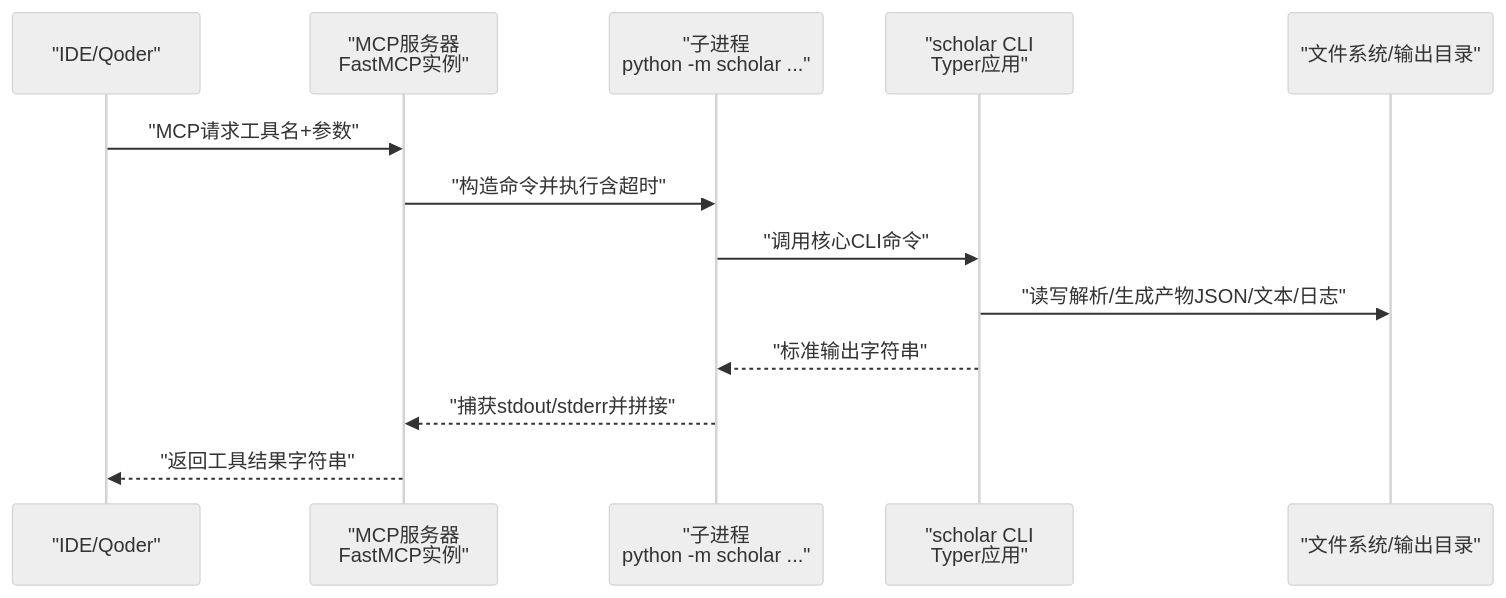
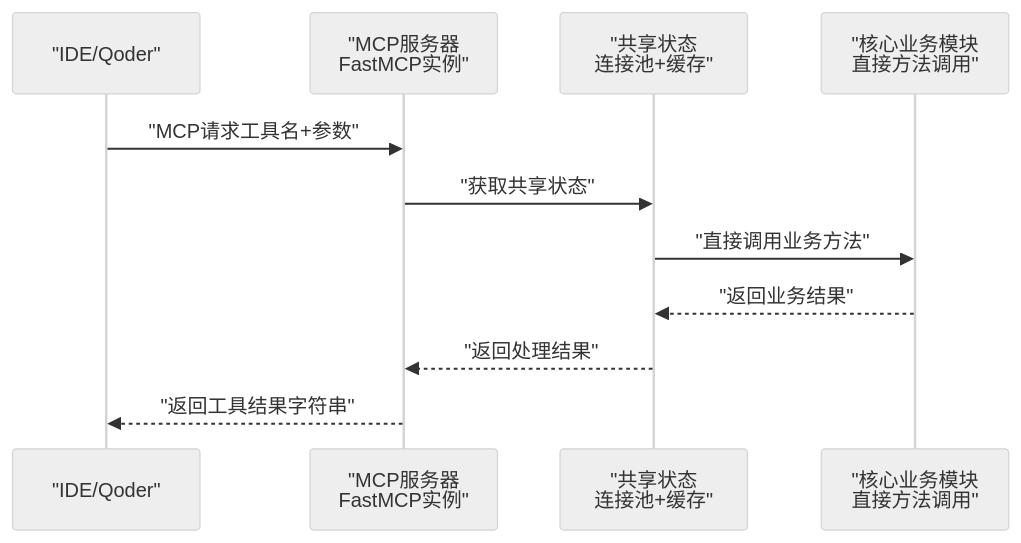
Before and after one commit to 1173591564/academic-based-qoder: the second of 7 diagrams in .qoder/repowiki/zh/content/MCP服务系统/MCP服务器架构.md, drawn with Mermaid (neutral theme). The commit also changed other lines of this file and 80 other files, not shown here.

````diff
--- a/.qoder/repowiki/zh/content/MCP服务系统/MCP服务器架构.md
+++ b/.qoder/repowiki/zh/content/MCP服务系统/MCP服务器架构.md
@@ -100,15 +123,13 @@
 ```mermaid
 sequenceDiagram
 participant IDE as "IDE/Qoder"
 participant MCP as "MCP服务器<br/>FastMCP实例"
-participant Sub as "子进程<br/>python -m scholar ..."
-participant CLI as "scholar CLI<br/>Typer应用"
-participant FS as "文件系统/输出目录"
+participant State as "共享状态<br/>连接池+缓存"
+participant Core as "核心业务模块<br/>直接方法调用"
 IDE->>MCP : "MCP请求工具名+参数"
-MCP->>Sub : "构造命令并执行含超时"
-Sub->>CLI : "调用核心CLI命令"
-CLI->>FS : "读写解析/生成产物JSON/文本/日志"
-CLI-->>Sub : "标准输出字符串"
-Sub-->>MCP : "捕获stdout/stderr并拼接"
+MCP->>State : "获取共享状态"
+State->>Core : "直接调用业务方法"
+Core-->>State : "返回业务结果"
+State-->>MCP : "返回处理结果"
 MCP-->>IDE : "返回工具结果字符串"
 ```
````
